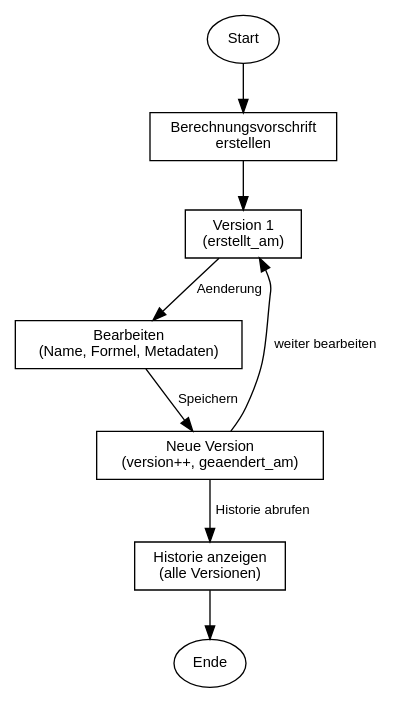
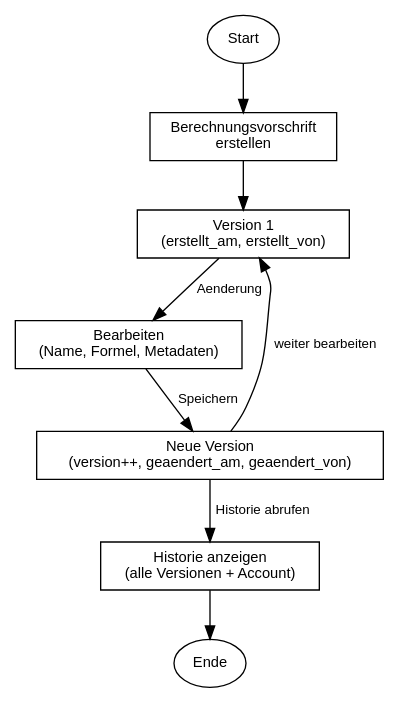
One commit to InfAI/ExcelToBerechnungsvorschriften changed the diagram in dokumentation/diagramme/versionierung_workflow.dot. Above: the diagram before and after it, drawn with Graphviz. The commit also changed 19 other files, not shown here.

First line of the commit message:
Dokumentation: Erweiterungen und DOT-Diagramme

```diff
--- a/dokumentation/diagramme/versionierung_workflow.dot
+++ b/dokumentation/diagramme/versionierung_workflow.dot
@@ -1,23 +1,24 @@
 // Lebenszyklus einer Berechnungsvorschrift: Erstellung -> Aenderung -> Neue Version -> Historie
+// Inkl. Account-Referenz (erstellt_von, geaendert_von)
 // Wartbar, versionierbar - Graphviz DOT-Syntax
 digraph VersionierungWorkflow {
     rankdir=TB;
     node [shape=box, fontname="Helvetica", fontsize=11];
     edge [fontname="Helvetica", fontsize=10];
 
     Start [label="Start", shape=ellipse];
     Erstellen [label="Berechnungsvorschrift\nerstellen"];
-    Version1 [label="Version 1\n(erstellt_am)"];
+    Version1 [label="Version 1\n(erstellt_am, erstellt_von)"];
     Bearbeiten [label="Bearbeiten\n(Name, Formel, Metadaten)"];
-    NeueVersion [label="Neue Version\n(version++, geaendert_am)"];
-    Historie [label="Historie anzeigen\n(alle Versionen)"];
+    NeueVersion [label="Neue Version\n(version++, geaendert_am, geaendert_von)"];
+    Historie [label="Historie anzeigen\n(alle Versionen + Account)"];
     Ende [label="Ende", shape=ellipse];
 
     Start -> Erstellen;
     Erstellen -> Version1;
     Version1 -> Bearbeiten [label="Aenderung"];
     Bearbeiten -> NeueVersion [label="Speichern"];
     NeueVersion -> Version1 [label="weiter bearbeiten"];
     NeueVersion -> Historie [label="Historie abrufen"];
     Historie -> Ende;
 }
```
